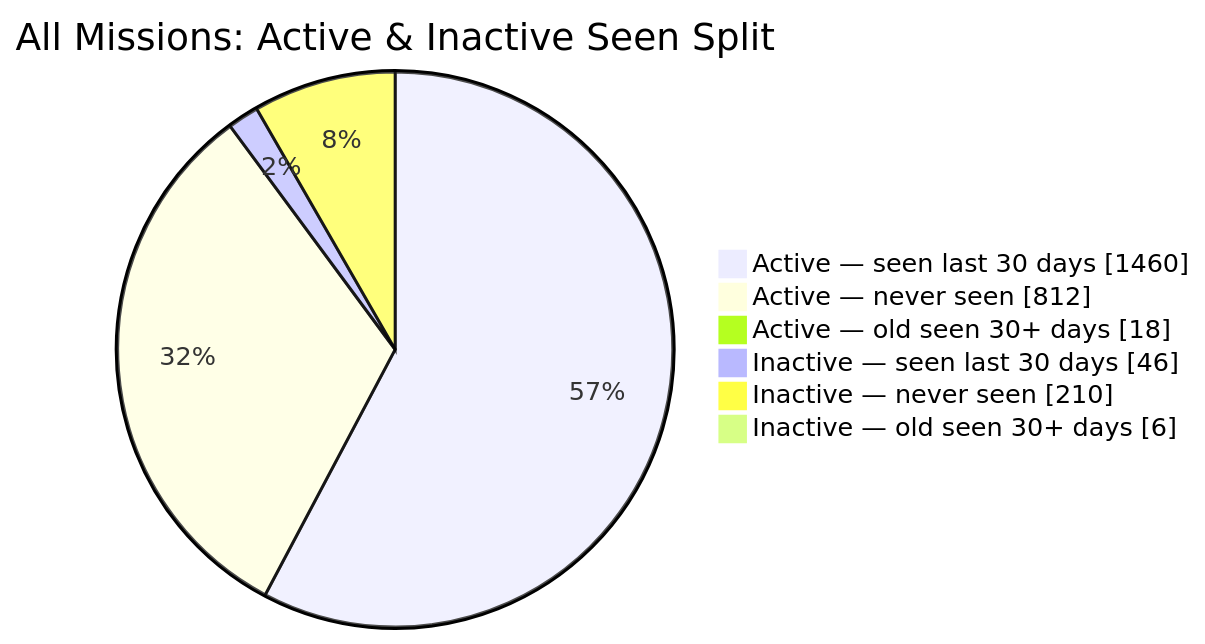
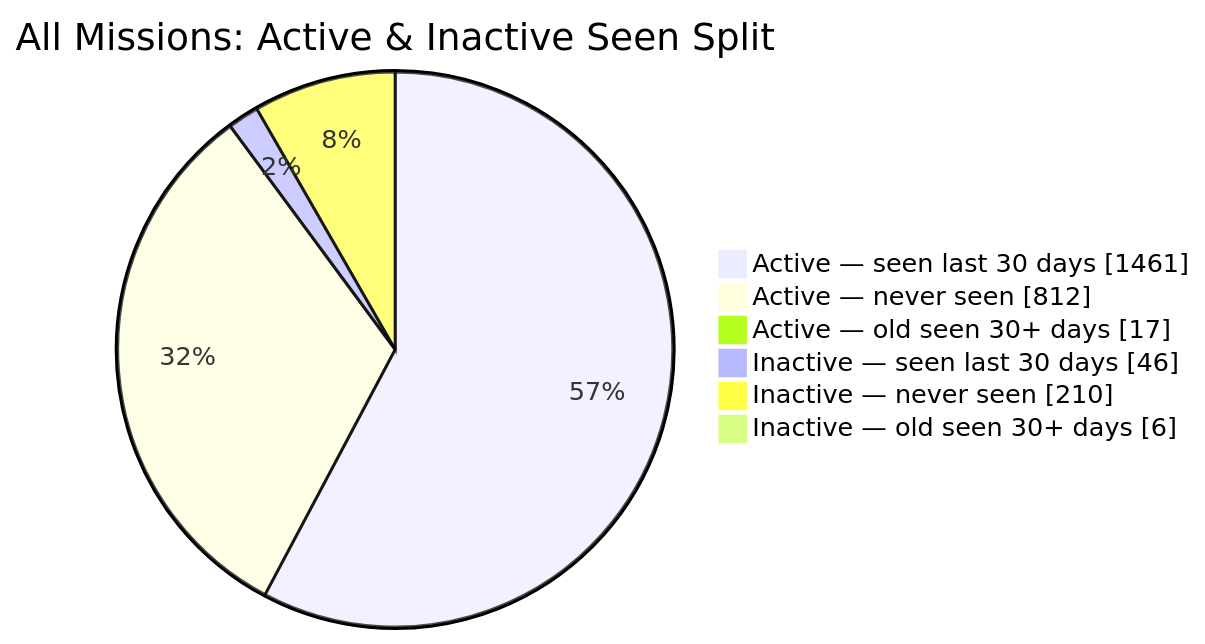
The second of 2 diagrams in README.md (MeldkamerspelGameTeam/active-missions), drawn with Mermaid before and after one commit. The commit also changed other lines of this file and 2 other files, not shown here.

````diff
--- a/README.md
+++ b/README.md
@@ -44,10 +44,10 @@
 ```mermaid
 pie showData
     title All Missions: Active & Inactive Seen Split
-    "Active — seen last 30 days" : 1460
+    "Active — seen last 30 days" : 1461
     "Active — never seen" : 812
-    "Active — old seen 30+ days" : 18
+    "Active — old seen 30+ days" : 17
     "Inactive — seen last 30 days" : 46
     "Inactive — never seen" : 210
     "Inactive — old seen 30+ days" : 6
 ```
````
